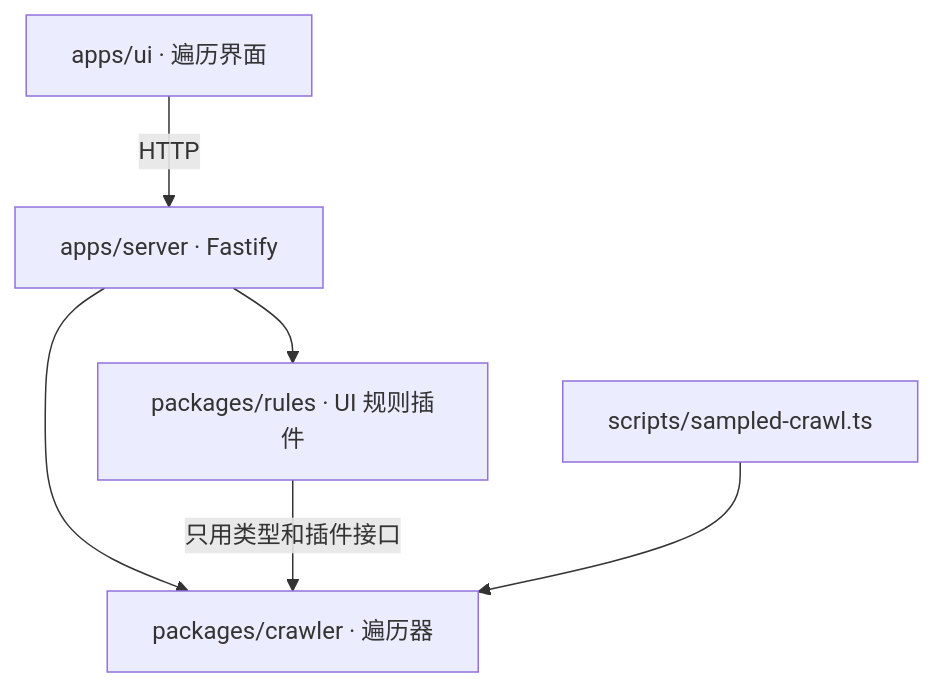
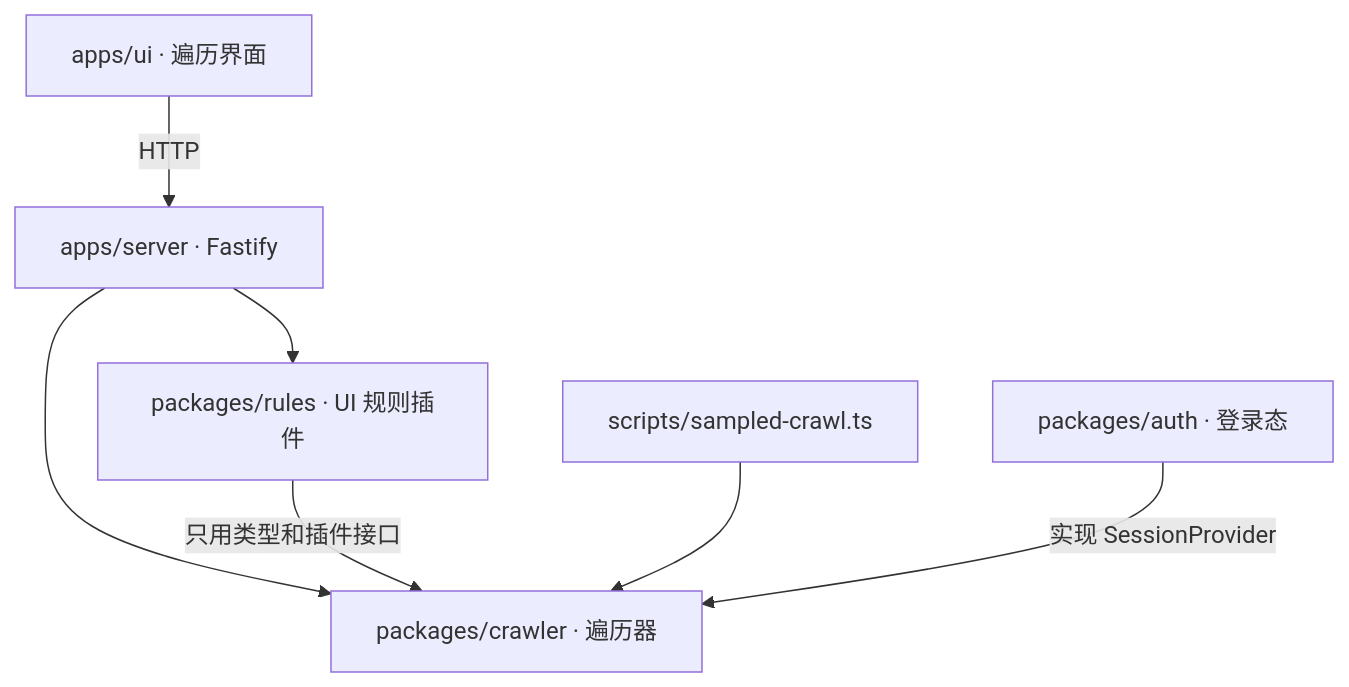
Before and after one commit to FailLone/browser-interaction-engine: the diagram in docs/ARCHITECTURE.md, drawn with Mermaid. The commit also changed other lines of this file and 26 other files, not shown here.

````diff
--- a/docs/ARCHITECTURE.md
+++ b/docs/ARCHITECTURE.md
@@ -5,8 +5,9 @@
 ```mermaid
 flowchart TD
   UI[apps/ui · 遍历界面] -->|HTTP| Server[apps/server · Fastify]
   Server --> Crawler[packages/crawler · 遍历器]
   Server --> Rules[packages/rules · UI 规则插件]
   Rules -->|只用类型和插件接口| Crawler
   Script[scripts/sampled-crawl.ts] --> Crawler
+  Auth[packages/auth · 登录态] -->|实现 SessionProvider| Crawler
 ```
````
